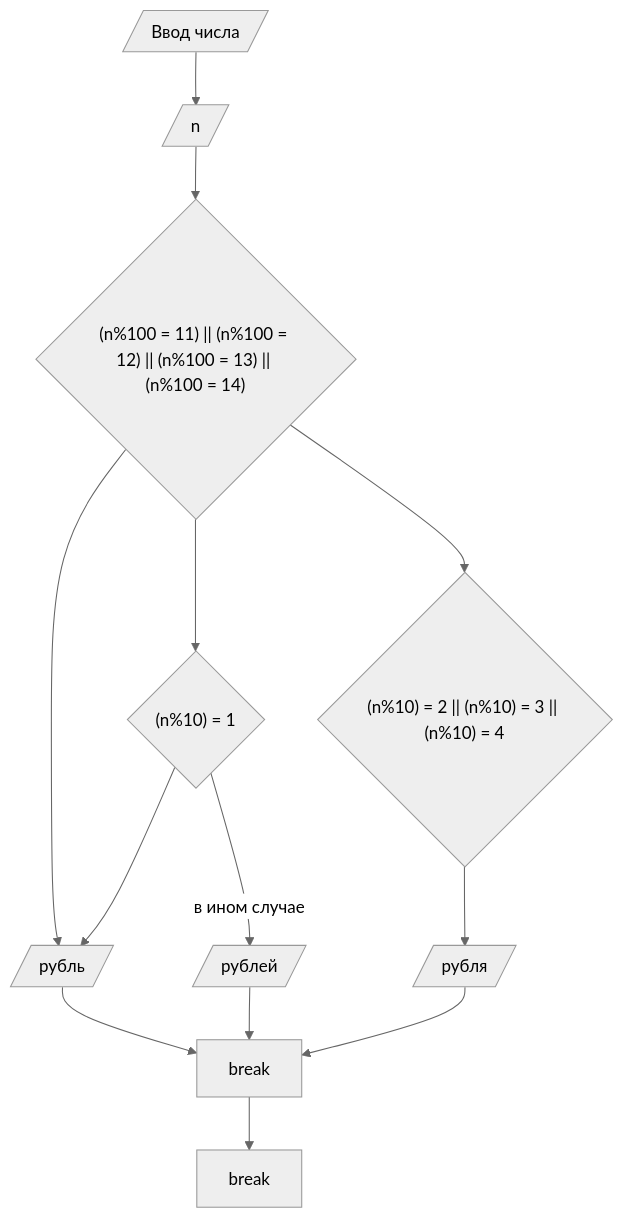
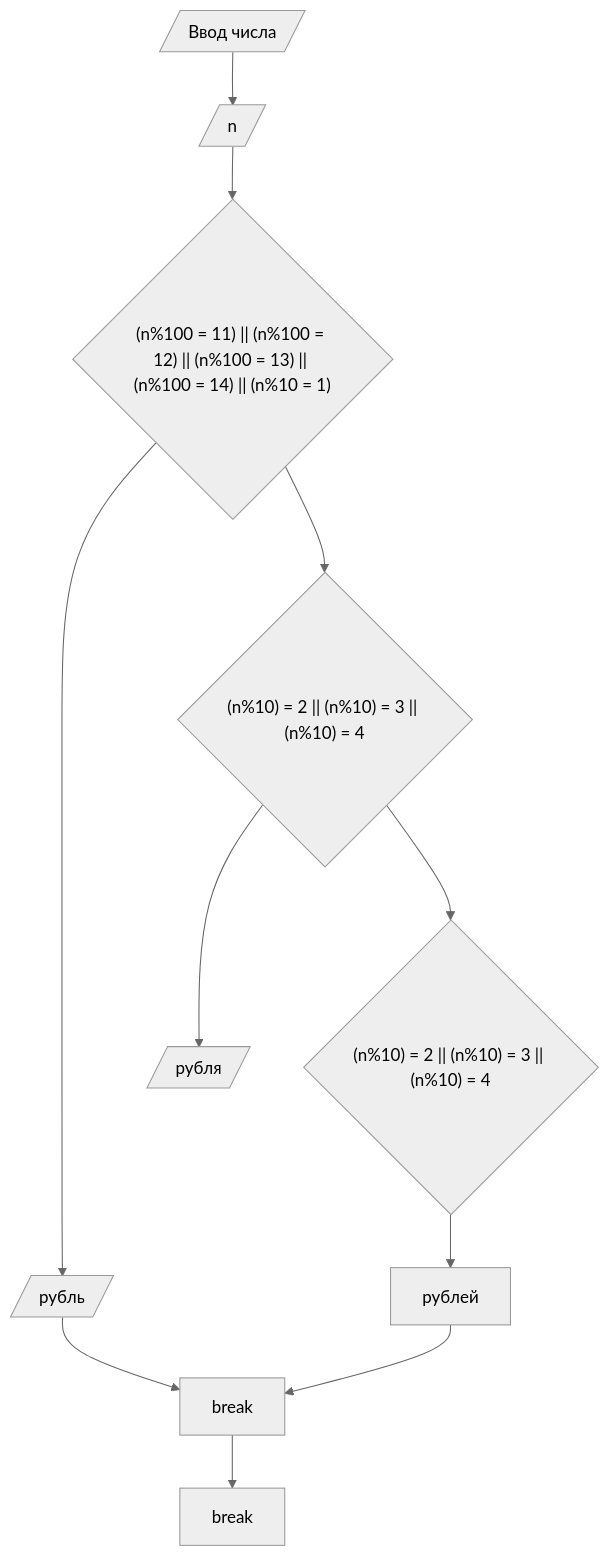
One commit to Lendic42/homework7 changed the diagram in README.md. Above: the diagram before and after it, drawn with Mermaid (neutral theme).

````diff
--- a/README.md
+++ b/README.md
@@ -9,18 +9,18 @@
 ```mermaid
 flowchart TD
     C[/"Ввод числа"/]
     C --> D[/"n"/]
-    D --> E{"(n%100 = 11) || (n%100 = 12) || (n%100 = 13) || (n%100 = 14)"}
+    D --> E{"(n%100 = 11) || (n%100 = 12) || (n%100 = 13) || (n%100 = 14) || (n%10 = 1)"}
     E -->H[/"рубль"/]
-    E --> G{"(n%10) = 1"}
     E --> Q{"(n%10) = 2 || (n%10) = 3 || (n%10) = 4"}
     Q --> I[/"рубля"/]
-    G --> H[/"рубль"/]
-    G -->|"в ином случае"| J[/"рублей"/]
+    Q --> Y{"(n%10) = 2 || (n%10) = 3 || (n%10) = 4"}
+    Y --> Z["рублей"]
+   
     H --> K["break"]
-    I --> K
-    J --> K
+    Z --> K
+
     K --> L["break"]
 
 
 ```
````
